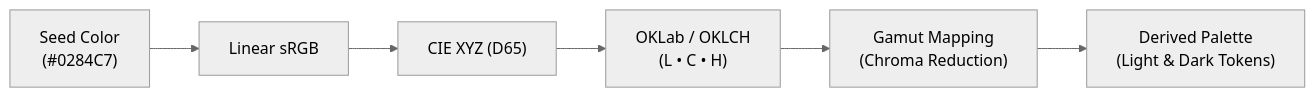
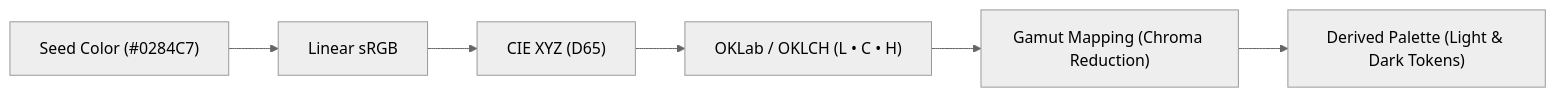
One commit to alph-a07/basis changed the first of 2 diagrams in docs/docs-site/src/content/docs/theming/oklch.mdx. Above: the diagram before and after it, drawn with Mermaid (neutral theme). The commit also changed other lines of this file and 8 other files, not shown here.

Commit message:
fix(docs): resolve mermaid code block selector and render interactive diagrams

````diff
--- a/docs/docs-site/src/content/docs/theming/oklch.mdx
+++ b/docs/docs-site/src/content/docs/theming/oklch.mdx
@@ -11,8 +11,8 @@
 ```mermaid
 flowchart LR
-    A["Seed Color<br/>(#0284C7)"] --> B["Linear sRGB"]
+    A["Seed Color (#0284C7)"] --> B["Linear sRGB"]
     B --> C["CIE XYZ (D65)"]
-    C --> D["OKLab / OKLCH<br/>(L • C • H)"]
-    D --> E["Gamut Mapping<br/>(Chroma Reduction)"]
-    E --> F["Derived Palette<br/>(Light & Dark Tokens)"]
+    C --> D["OKLab / OKLCH (L • C • H)"]
+    D --> E["Gamut Mapping (Chroma Reduction)"]
+    E --> F["Derived Palette (Light & Dark Tokens)"]
 ```
````
